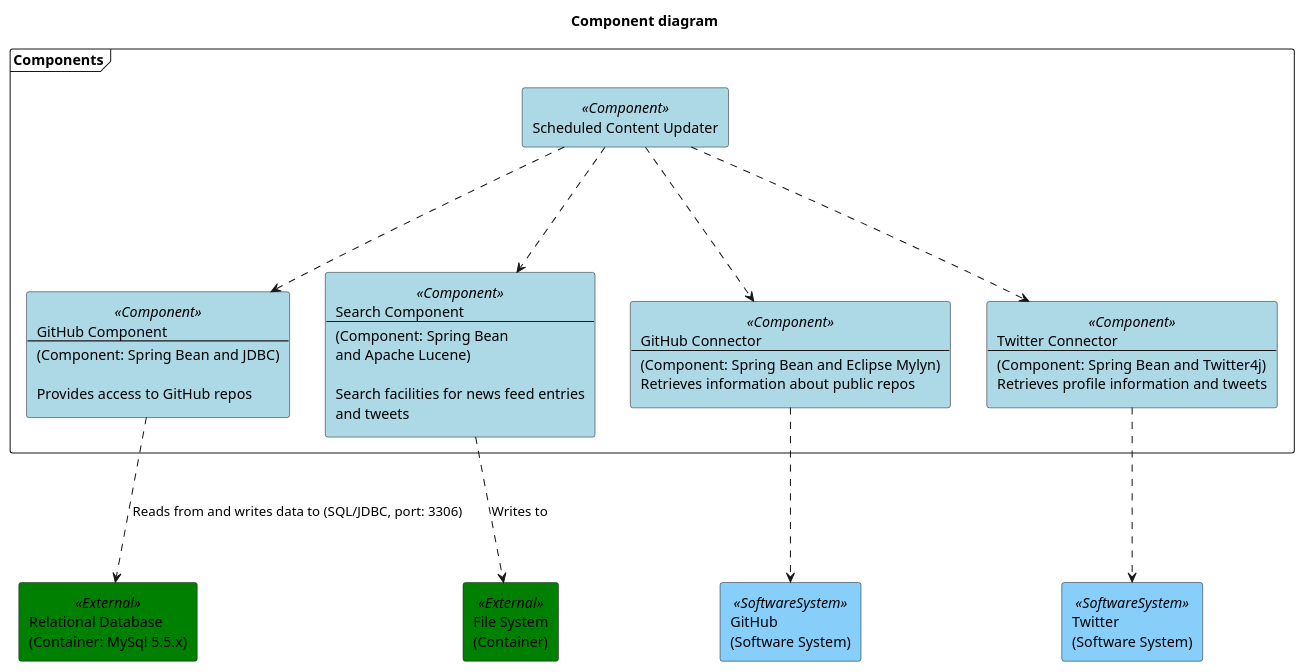
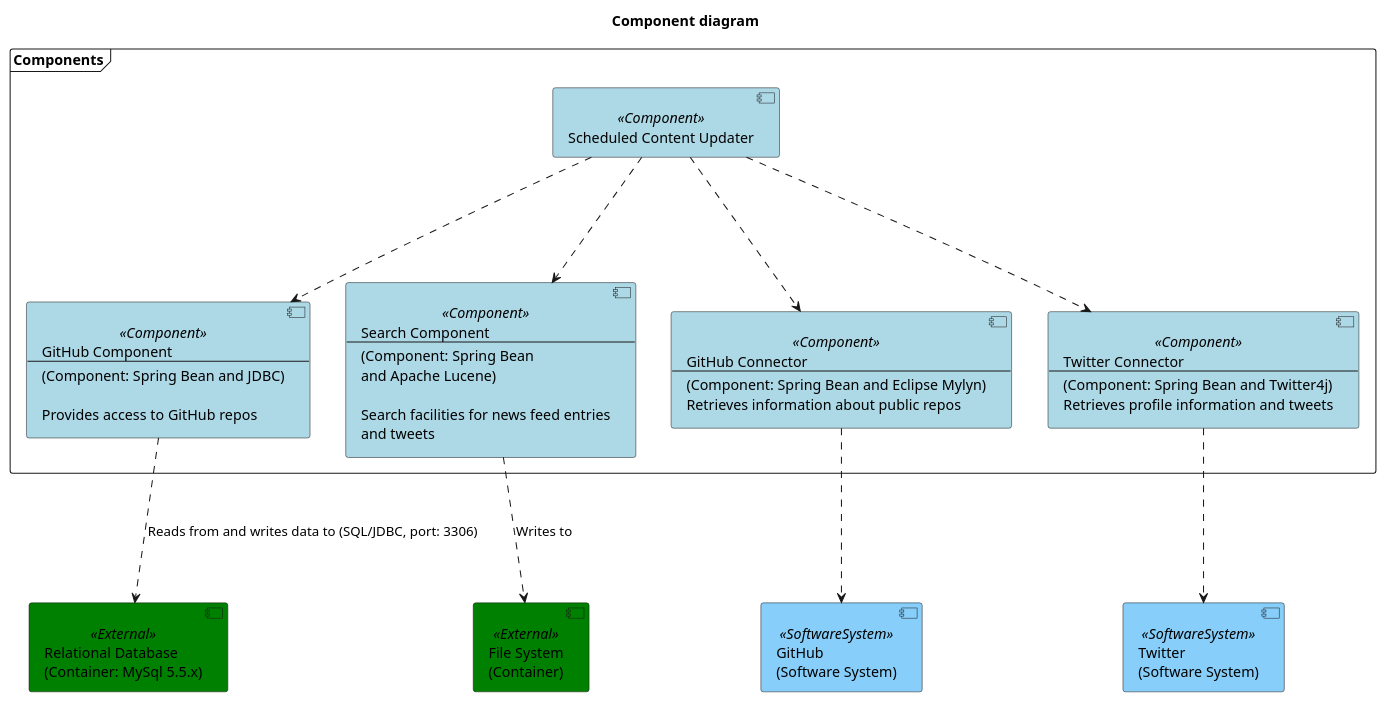
The diagram in plantuml/architecture/components.puml (stanislavgrujic/coding_architecture_sample), drawn with PlantUML before and after one commit.

Commit message:
Replace rectangle with component

```diff
--- a/plantuml/architecture/components.puml
+++ b/plantuml/architecture/components.puml
@@ -1,81 +1,81 @@
 @startuml
 
 title Component diagram
 
 top to bottom direction
 
-skinparam rectangle {
+skinparam component {
   BackgroundColor<<Component>> lightBlue
   BackgroundColor<<External>> green
   BackgroundColor<<SoftwareSystem>> lightSkyBlue
 }
 
-rectangle RelationalDatabase<<External>>[
+component RelationalDatabase<<External>>[
   Relational Database
   (Container: MySql 5.5.x)
 ]
 
-rectangle FileSystem<<External>>[
+component FileSystem<<External>>[
   File System
   (Container)
 ]
 
 frame "Components"{
-rectangle GitHubComponent<<Component>>[
+component GitHubComponent<<Component>>[
   GitHub Component
 --
   (Component: Spring Bean and JDBC)
 
   Provides access to GitHub repos
 ]
 
-rectangle SearchComponent<<Component>>[
+component SearchComponent<<Component>>[
   Search Component
 --
   (Component: Spring Bean
   and Apache Lucene)
 
   Search facilities for news feed entries
   and tweets
 ]
 
-rectangle ScheduledContentUpdater<<Component>>[
+component ScheduledContentUpdater<<Component>>[
   Scheduled Content Updater
 ]
 
-rectangle GitHubConnector<<Component>>[
+component GitHubConnector<<Component>>[
   GitHub Connector
   --
   (Component: Spring Bean and Eclipse Mylyn)
   Retrieves information about public repos
 ]
 
-rectangle TwitterConnector<<Component>>[
+component TwitterConnector<<Component>>[
   Twitter Connector
   --
   (Component: Spring Bean and Twitter4j)
   Retrieves profile information and tweets
 ]
 }
 
-rectangle GitHub<<SoftwareSystem>>[
+component GitHub<<SoftwareSystem>>[
   GitHub
   (Software System)
 ]
 
-rectangle Twitter<<SoftwareSystem>>[
+component Twitter<<SoftwareSystem>>[
   Twitter
   (Software System)
 ]
 
 GitHubComponent -.-> RelationalDatabase : Reads from and writes data to (SQL/JDBC, port: 3306)
 SearchComponent -.-> FileSystem : Writes to
 ScheduledContentUpdater -.-> GitHubComponent
 ScheduledContentUpdater -.-> SearchComponent
 ScheduledContentUpdater -.-> GitHubConnector
 ScheduledContentUpdater -.-> TwitterConnector
 
 GitHubConnector -.-> GitHub
 TwitterConnector -.-> Twitter
 
 @enduml
```
